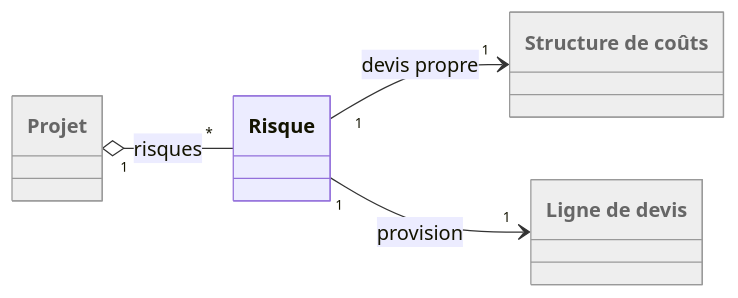
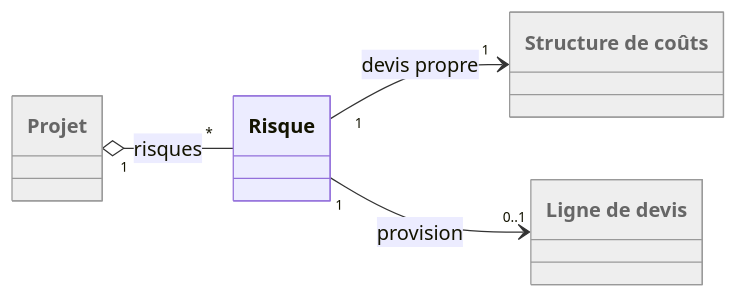
The diagram in docs/spec/figures/modele-risques.mmd (waterfall-project/wf-project), drawn with Mermaid before and after one commit. The commit also changed 12 other files, not shown here.

```diff
--- a/docs/spec/figures/modele-risques.mmd
+++ b/docs/spec/figures/modele-risques.mmd
@@ -1,14 +1,14 @@
 classDiagram
     direction LR
     class Projet["Projet"]
     class Risque["Risque"]
     class Structure["Structure de coûts"]
     class LigneDevis["Ligne de devis"]
 
     Projet "1" o-- "*" Risque : risques
     Risque "1" --> "1" Structure : devis propre
-    Risque "1" --> "1" LigneDevis : provision
+    Risque "1" --> "0..1" LigneDevis : provision
 
     style Projet fill:#eeeeee,stroke:#999999,color:#666666
     style Structure fill:#eeeeee,stroke:#999999,color:#666666
     style LigneDevis fill:#eeeeee,stroke:#999999,color:#666666
```
